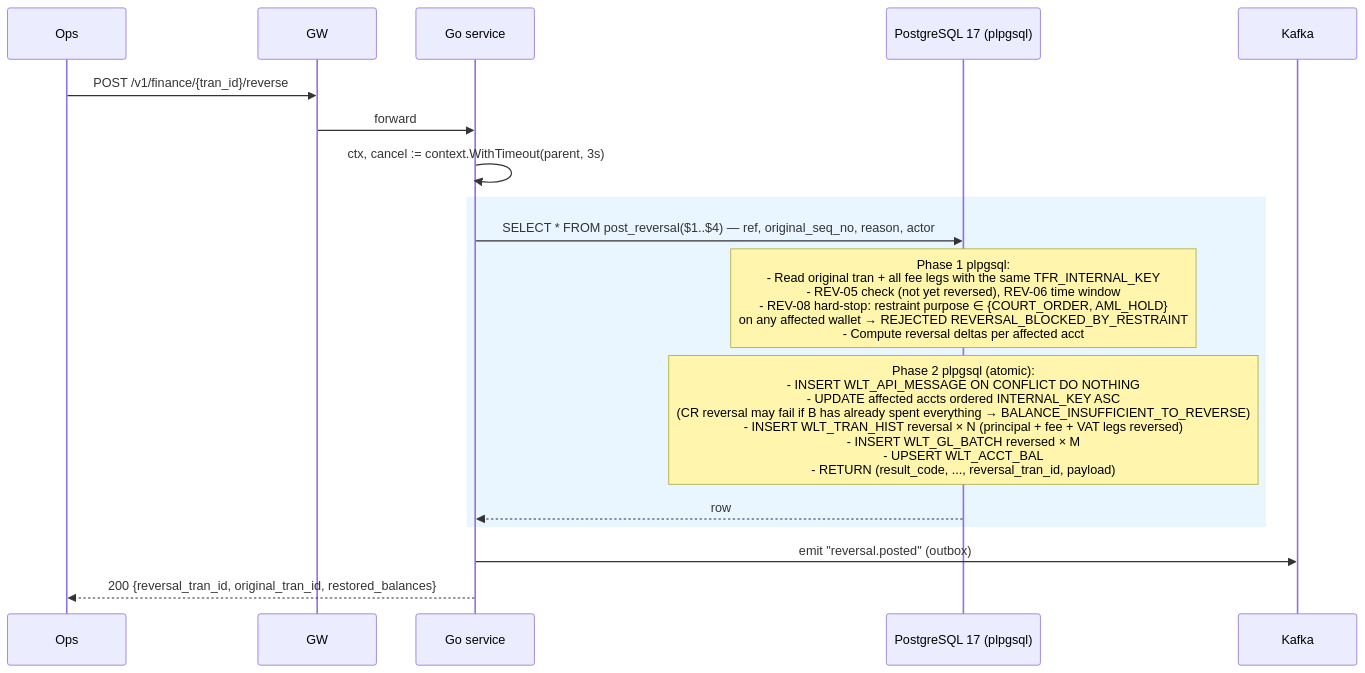
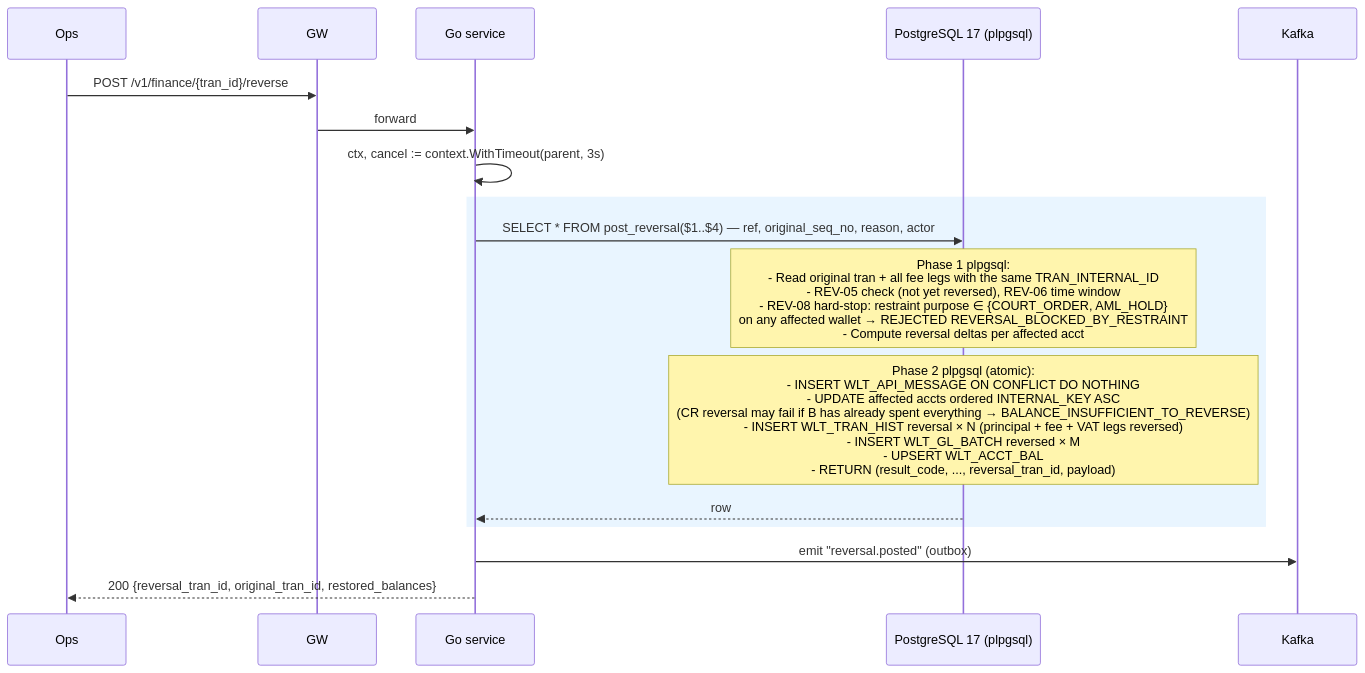
The sixth of 6 diagrams in docs/specs/finance_transaction.md (huuhoait/core-wallet), drawn with Mermaid before and after one commit. The commit also changed other lines of this file and 22 other files, not shown here.

First line of the commit message:
refactor: rename tfr_internal_key → tran_internal_id (US-9.14)

````diff
--- a/docs/specs/finance_transaction.md
+++ b/docs/specs/finance_transaction.md
@@ -642,22 +642,22 @@
 ```mermaid
 sequenceDiagram
   participant Ops
   participant GW
   participant GO as Go service
   participant DB as PostgreSQL 17 (plpgsql)
   participant K as Kafka
 
   Ops->>GW: POST /v1/finance/{tran_id}/reverse
   GW->>GO: forward
   GO->>GO: ctx, cancel := context.WithTimeout(parent, 3s)
   
   rect rgba(200,230,255,0.4)
     GO->>DB: SELECT * FROM post_reversal($1..$4) — ref, original_seq_no, reason, actor
-    Note over DB: Phase 1 plpgsql:<br/>- Read original tran + all fee legs with the same TFR_INTERNAL_KEY<br/>- REV-05 check (not yet reversed), REV-06 time window<br/>- REV-08 hard-stop: restraint purpose ∈ {COURT_ORDER, AML_HOLD}<br/>  on any affected wallet → REJECTED REVERSAL_BLOCKED_BY_RESTRAINT<br/>- Compute reversal deltas per affected acct
+    Note over DB: Phase 1 plpgsql:<br/>- Read original tran + all fee legs with the same TRAN_INTERNAL_ID<br/>- REV-05 check (not yet reversed), REV-06 time window<br/>- REV-08 hard-stop: restraint purpose ∈ {COURT_ORDER, AML_HOLD}<br/>  on any affected wallet → REJECTED REVERSAL_BLOCKED_BY_RESTRAINT<br/>- Compute reversal deltas per affected acct
     Note over DB: Phase 2 plpgsql (atomic):<br/>- INSERT WLT_API_MESSAGE ON CONFLICT DO NOTHING<br/>- UPDATE affected accts ordered INTERNAL_KEY ASC<br/>  (CR reversal may fail if B has already spent everything → BALANCE_INSUFFICIENT_TO_REVERSE)<br/>- INSERT WLT_TRAN_HIST reversal × N (principal + fee + VAT legs reversed)<br/>- INSERT WLT_GL_BATCH reversed × M<br/>- UPSERT WLT_ACCT_BAL<br/>- RETURN (result_code, ..., reversal_tran_id, payload)
     DB-->>GO: row
   end
   
   GO->>K: emit "reversal.posted" (outbox)
   GO-->>Ops: 200 {reversal_tran_id, original_tran_id, restored_balances}
 ```
````
